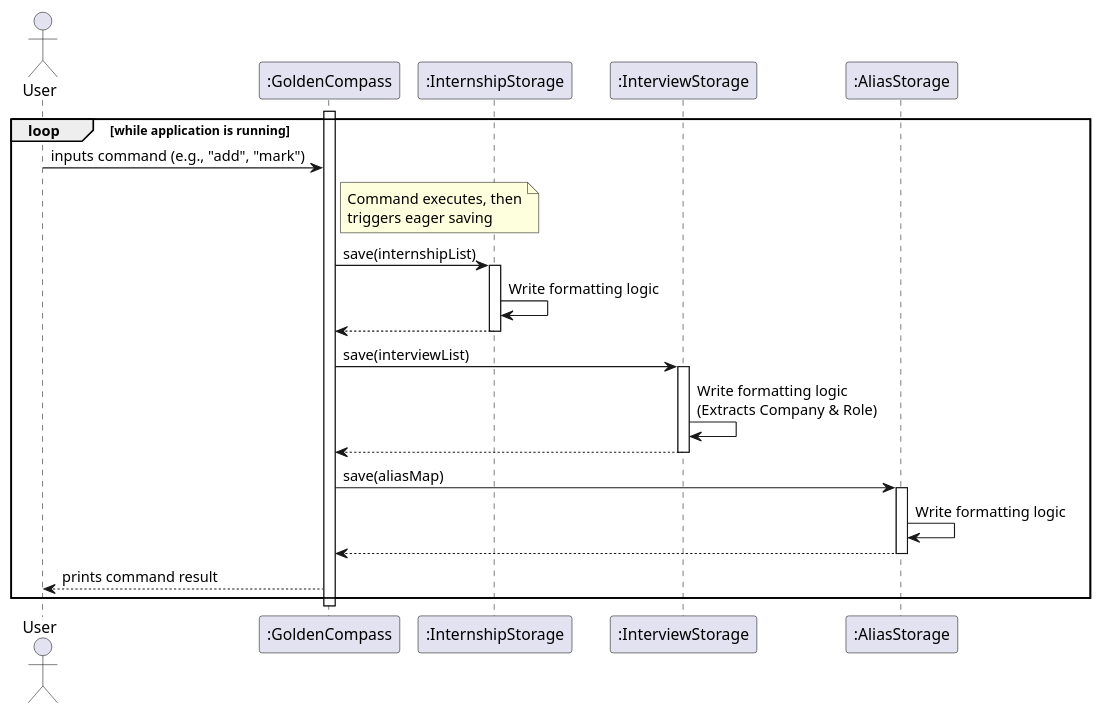
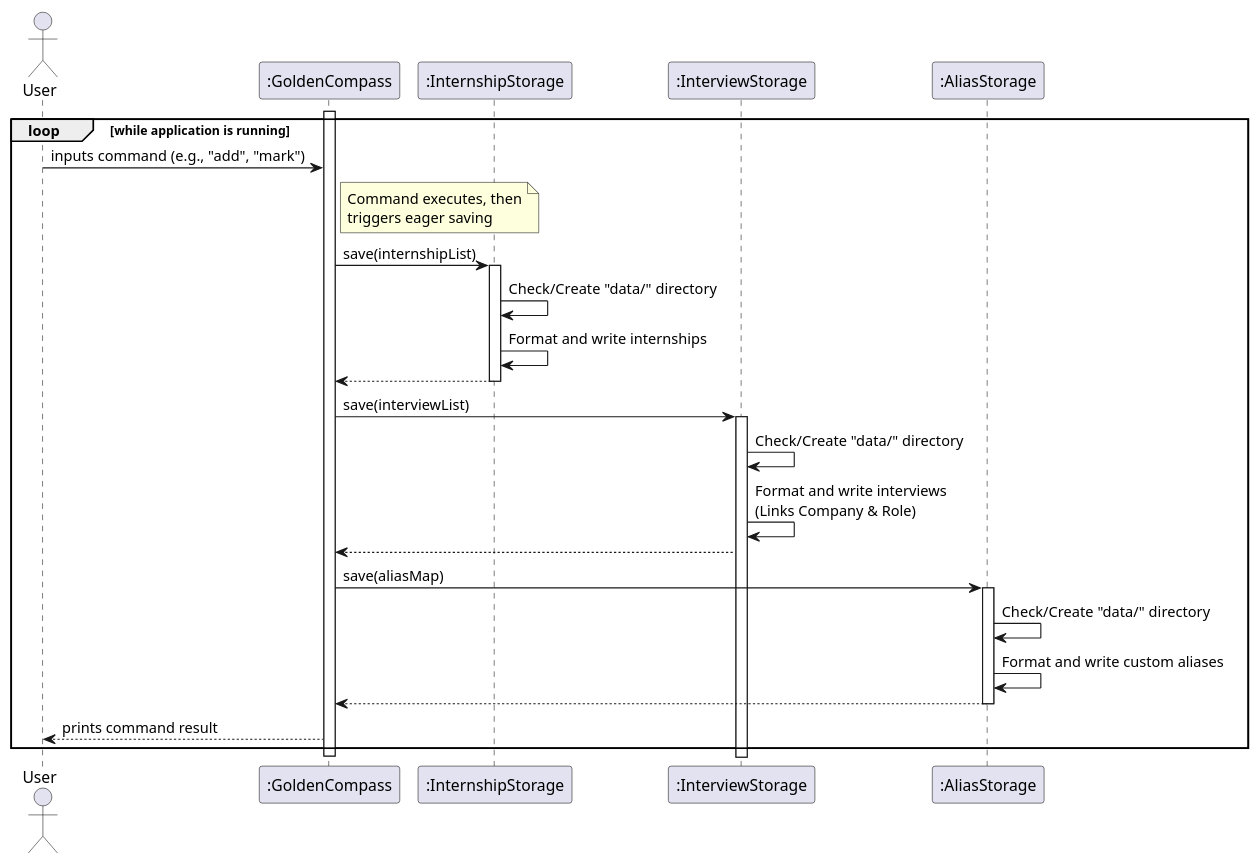
Before and after one commit to AY2526S2-CS2113-W10-4/tp: the diagram in docs/diagrams/StorageSequenceDiagram.puml, drawn with PlantUML. The commit also changed 5 other files, not shown here.

```diff
--- a/docs/diagrams/StorageSequenceDiagram.puml
+++ b/docs/diagrams/StorageSequenceDiagram.puml
@@ -1,35 +1,38 @@
 @startuml
 actor User
 participant ":GoldenCompass" as GC
 participant ":InternshipStorage" as InternStorage
 participant ":InterviewStorage" as InterviewStorage
 participant ":AliasStorage" as AliasStorage
 
 activate GC
 loop while application is running
     User -> GC : inputs command (e.g., "add", "mark")
 
     note right of GC : Command executes, then\ntriggers eager saving
 
     GC -> InternStorage : save(internshipList)
     activate InternStorage
-    InternStorage -> InternStorage : Write formatting logic
+    InternStorage -> InternStorage : Check/Create "data/" directory
+    InternStorage -> InternStorage : Format and write internships
     InternStorage --> GC
     deactivate InternStorage
 
     GC -> InterviewStorage : save(interviewList)
     activate InterviewStorage
-    InterviewStorage -> InterviewStorage : Write formatting logic\n(Extracts Company & Role)
+    InterviewStorage -> InterviewStorage : Check/Create "data/" directory
+    InterviewStorage -> InterviewStorage : Format and write interviews\n(Links Company & Role)
     InterviewStorage --> GC
-    deactivate InterviewStorage
+    deactivate InternStorage
 
     GC -> AliasStorage : save(aliasMap)
     activate AliasStorage
-    AliasStorage -> AliasStorage : Write formatting logic
+    AliasStorage -> AliasStorage : Check/Create "data/" directory
+    AliasStorage -> AliasStorage : Format and write custom aliases
     AliasStorage --> GC
     deactivate AliasStorage
 
     GC --> User : prints command result
 end
 deactivate GC
 @enduml
```
